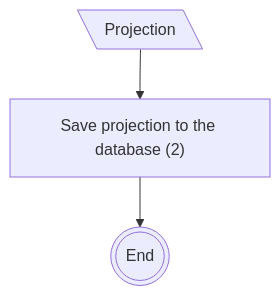
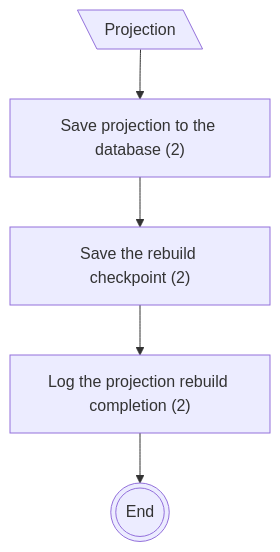
One commit to dmitryhruzin/CQRS-variations-test changed the fourth of 5 diagrams in docs/CF Complexity/Canonical CQRS -> Classical CQRS/projection rebuild.md. Above: the diagram before and after it, drawn with Mermaid. The commit also changed other lines of this file and 21 other files, not shown here.

````diff
--- a/docs/CF Complexity/Canonical CQRS -> Classical CQRS/projection rebuild.md
+++ b/docs/CF Complexity/Canonical CQRS -> Classical CQRS/projection rebuild.md
@@ -69,7 +69,9 @@
 ```mermaid
 flowchart TD
   classDef mod stroke:#f00
   A@{ shape: lean-l, label: "Projection" }
   A --> B["Save projection to the database (2)"]
-  B --> C@{ shape: dbl-circ, label: "End" }
+  B --> CP["Save the rebuild checkpoint (2)"]
+  CP --> LG["Log the projection rebuild completion (2)"]
+  LG --> C@{ shape: dbl-circ, label: "End" }
 ```
````
